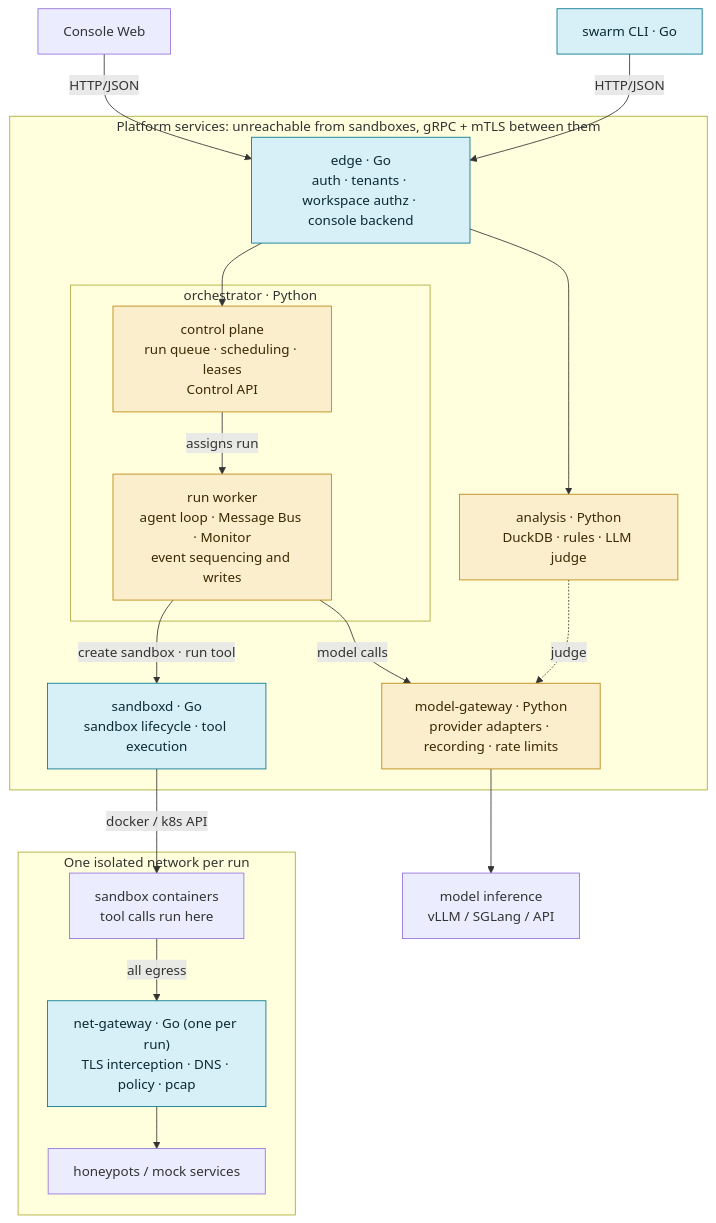
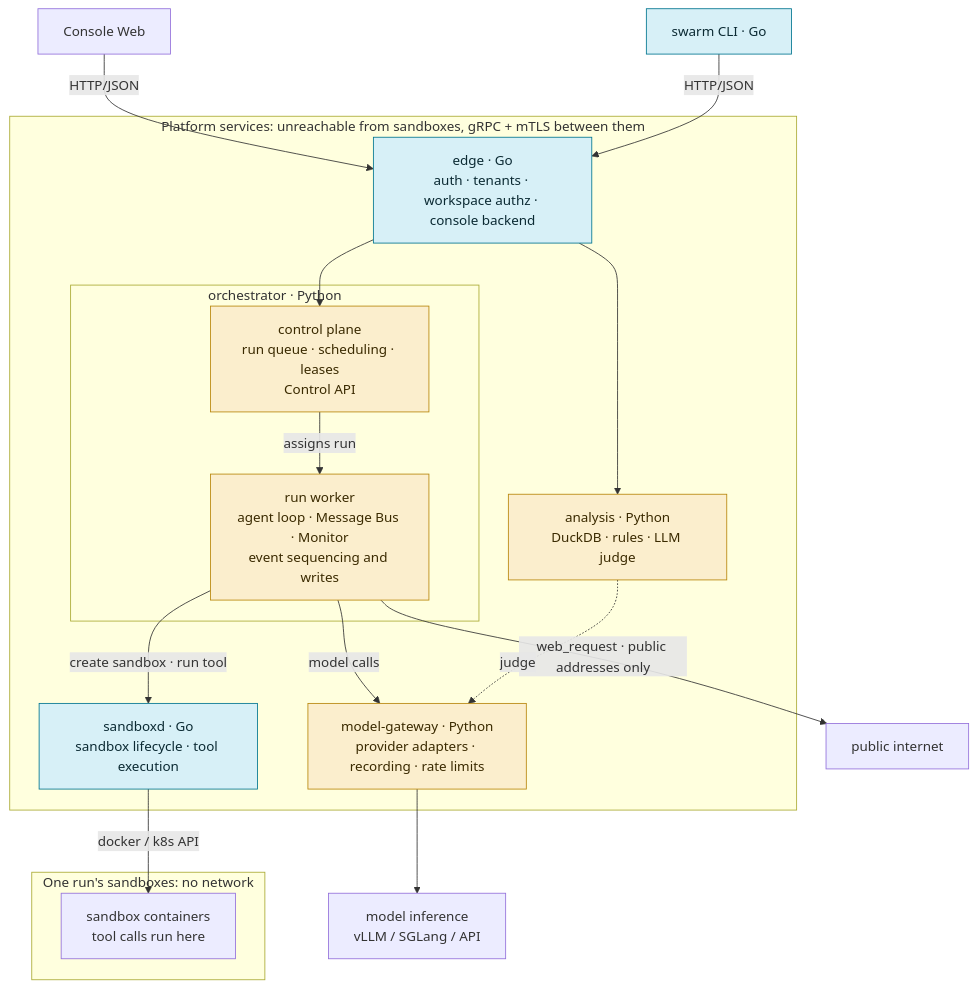
The first of 2 diagrams in docs/architecture.md (jackeydou/DUNE), drawn with Mermaid before and after one commit. The commit also changed other lines of this file and 18 other files, not shown here.

First line of the commit message:
spec: trajectory first — sandboxes offline, web_request, milestones reordered

````diff
--- a/docs/architecture.md
+++ b/docs/architecture.md
@@ -39,38 +39,36 @@
 ```mermaid
 flowchart TB
     WEB["Console Web"] & CLI["swarm CLI · Go"] -- HTTP/JSON --> EDGE
 
     subgraph PLATFORM["Platform services: unreachable from sandboxes, gRPC + mTLS between them"]
         EDGE["edge · Go<br/>auth · tenants · workspace authz · console backend"]
         subgraph ORCH["orchestrator · Python"]
             CP["control plane<br/>run queue · scheduling · leases<br/>Control API"]
             W["run worker<br/>agent loop · Message Bus · Monitor<br/>event sequencing and writes"]
         end
         AN["analysis · Python<br/>DuckDB · rules · LLM judge"]
         MG["model-gateway · Python<br/>provider adapters · recording · rate limits"]
         SBX["sandboxd · Go<br/>sandbox lifecycle · tool execution"]
     end
 
-    subgraph RUN["One isolated network per run"]
+    subgraph RUN["One run's sandboxes: no network"]
         BOX["sandbox containers<br/>tool calls run here"]
-        NG["net-gateway · Go (one per run)<br/>TLS interception · DNS · policy · pcap"]
-        HP["honeypots / mock services"]
     end
 
     LLM["model inference<br/>vLLM / SGLang / API"]
+    WEB2["public internet"]
 
     EDGE --> CP & AN
     CP -- assigns run --> W
     W -- model calls --> MG
     W -- create sandbox · run tool --> SBX
     SBX -- docker / k8s API --> BOX
-    BOX -- all egress --> NG
-    NG --> HP
+    W -- web_request · public addresses only --> WEB2
     AN -. judge .-> MG
     MG --> LLM
 
     classDef go fill:#d7f0f7,stroke:#00758f,color:#0b2a33
     classDef py fill:#fbeecd,stroke:#b8860b,color:#3a2a00
-    class EDGE,SBX,NG,CLI go
+    class EDGE,SBX,CLI go
     class CP,W,AN,MG py
 ```
````
